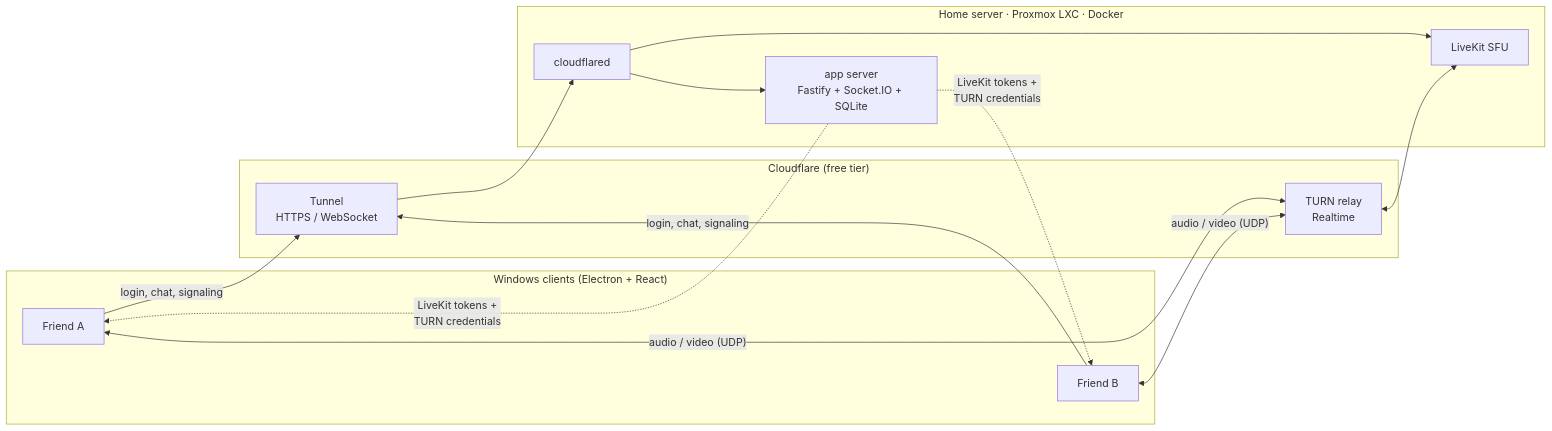
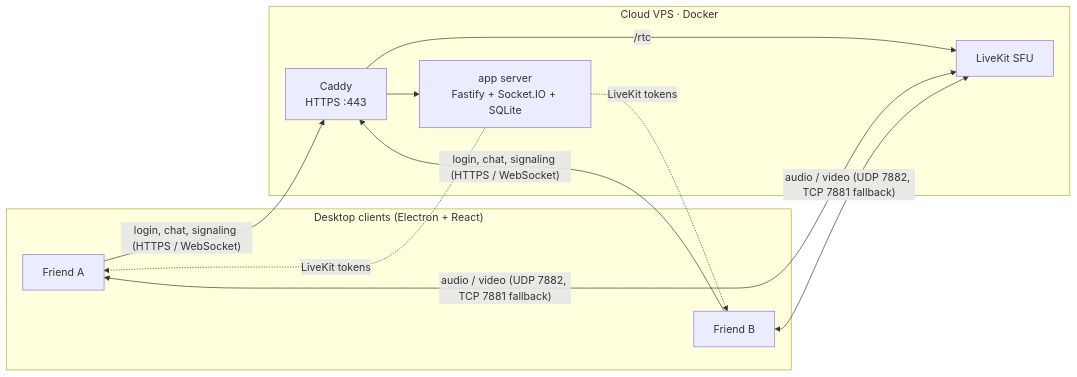
The diagram in README.md (luisf4/stream-app), drawn with Mermaid before and after one commit. The commit also changed other lines of this file and 18 other files, not shown here.

Commit message:
deploy: só cloud (VPS) — remove modo Proxmox/Cloudflare Tunnel/TURN, LiveKit em UDP 7882

````diff
--- a/README.md
+++ b/README.md
@@ -43,24 +42,19 @@
 ```mermaid
 flowchart LR
-  subgraph Clients["Windows clients (Electron + React)"]
+  subgraph Clients["Desktop clients (Electron + React)"]
     A[Friend A]
     B[Friend B]
   end
 
-  subgraph CF["Cloudflare (free tier)"]
-    T[Tunnel<br/>HTTPS / WebSocket]
-    R[TURN relay<br/>Realtime]
-  end
-
-  subgraph Home["Home server · Proxmox LXC · Docker"]
-    CD[cloudflared]
+  subgraph VPS["Cloud VPS · Docker"]
+    CA[Caddy<br/>HTTPS :443]
     APP[app server<br/>Fastify + Socket.IO + SQLite]
     LK[LiveKit SFU]
   end
 
-  A & B -- "login, chat, signaling" --> T --> CD
-  CD --> APP
-  CD --> LK
-  A & B <-- "audio / video (UDP)" --> R <--> LK
-  APP -. "LiveKit tokens +<br/>TURN credentials" .-> A & B
+  A & B -- "login, chat, signaling (HTTPS / WebSocket)" --> CA
+  CA --> APP
+  CA -- "/rtc" --> LK
+  A & B <-- "audio / video (UDP 7882, TCP 7881 fallback)" --> LK
+  APP -. "LiveKit tokens" .-> A & B
 ```
````
